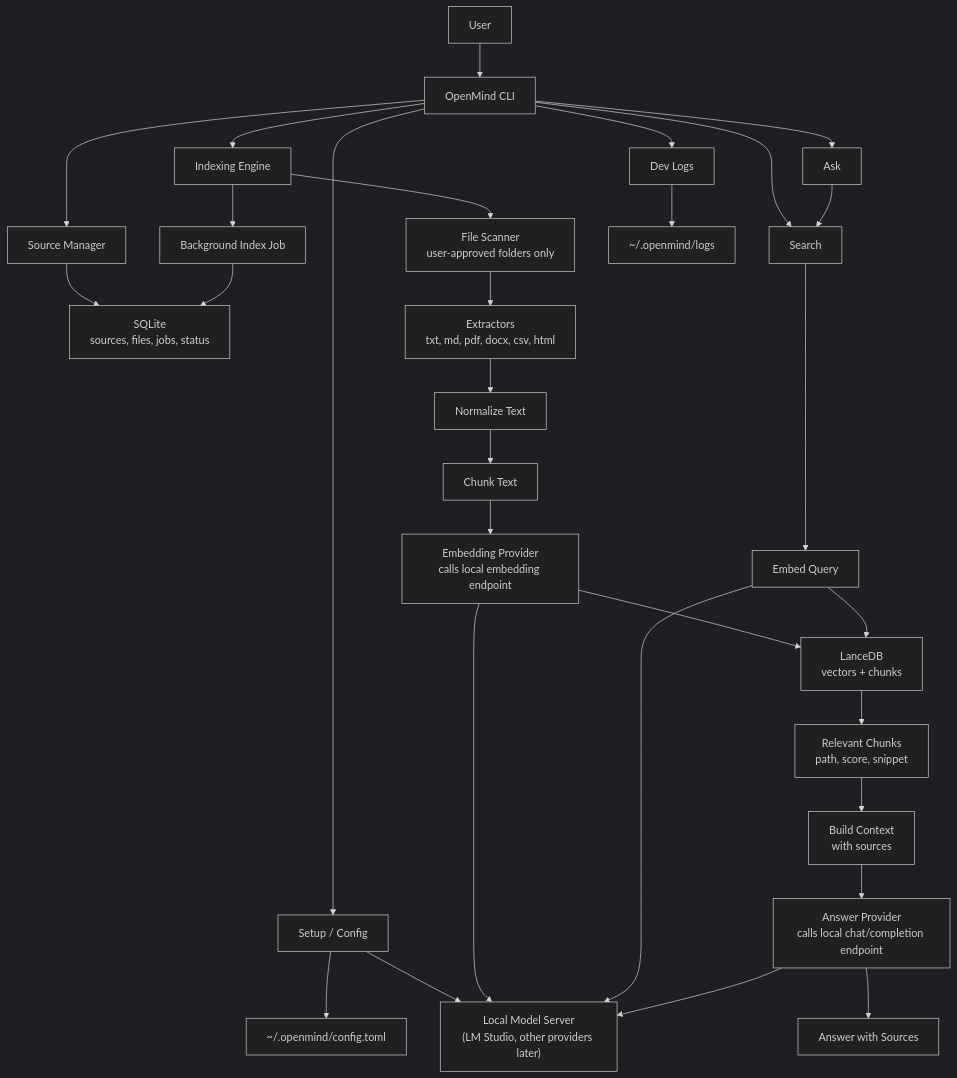
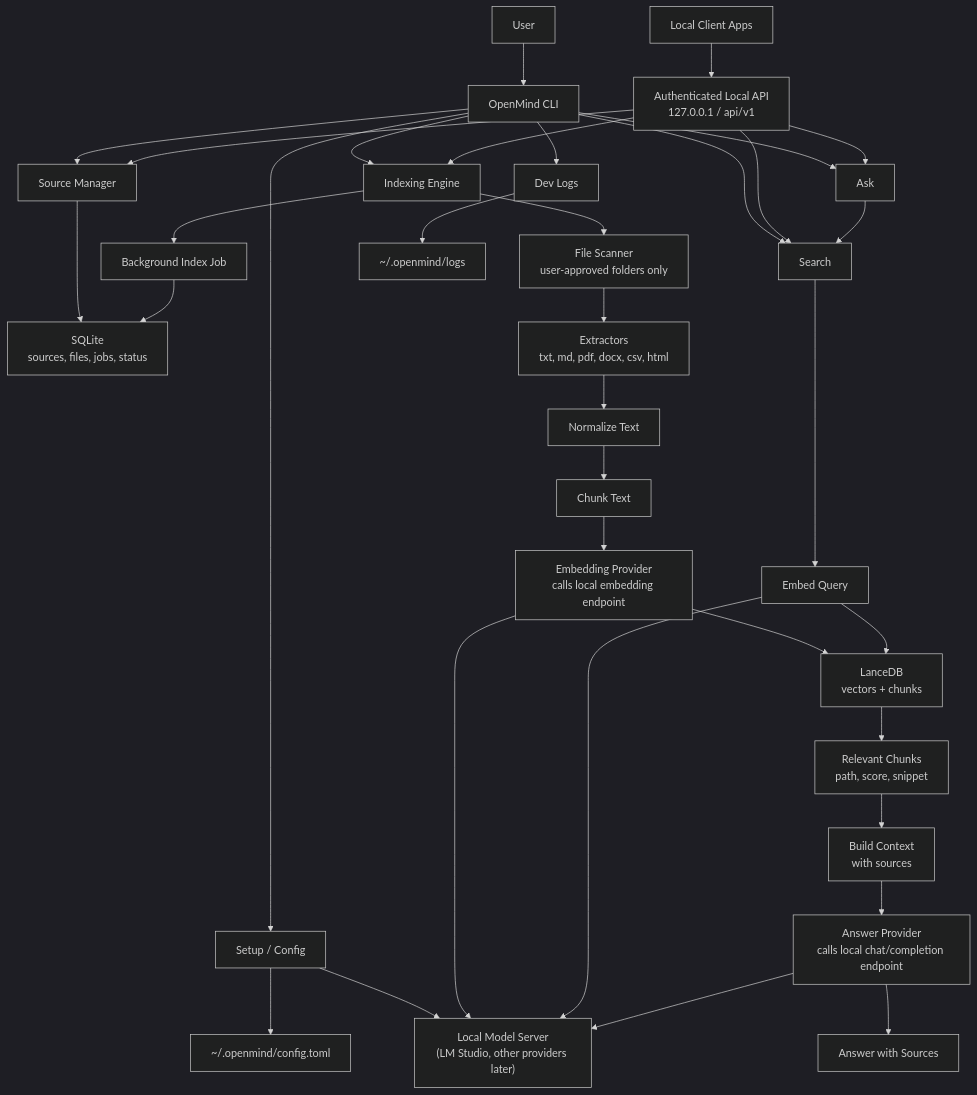
One commit to codewithbro95/openmind changed the diagram in README.md. Above: the diagram before and after it, drawn with Mermaid (dark theme). The commit also changed other lines of this file and 29 other files, not shown here.

First line of the commit message:
Add secure local API for client applications

````diff
--- a/README.md
+++ b/README.md
@@ -331,39 +356,44 @@
 ```mermaid
 flowchart TD
     User["User"] --> CLI["OpenMind CLI"]
+    Clients["Local Client Apps"] --> API["Authenticated Local API<br/>127.0.0.1 / api/v1"]
 
     CLI --> Setup["Setup / Config"]
     CLI --> Sources["Source Manager"]
     CLI --> Indexing["Indexing Engine"]
     CLI --> Search["Search"]
     CLI --> Ask["Ask"]
+    API --> Sources
+    API --> Indexing
+    API --> Search
+    API --> Ask
 
     Setup --> Config["~/.openmind/config.toml"]
     Setup --> ModelServer["Local Model Server<br/>(LM Studio, other providers later)"]
 
     Sources --> SQLite["SQLite<br/>sources, files, jobs, status"]
 
     Indexing --> Scanner["File Scanner<br/>user-approved folders only"]
     Scanner --> Extractors["Extractors<br/>txt, md, pdf, docx, csv, html"]
     Extractors --> Normalizer["Normalize Text"]
     Normalizer --> Chunker["Chunk Text"]
     Chunker --> Embeddings["Embedding Provider<br/>calls local embedding endpoint"]
     Embeddings --> ModelServer
     Embeddings --> LanceDB["LanceDB<br/>vectors + chunks"]
 
     Search --> QueryEmbed["Embed Query"]
     QueryEmbed --> ModelServer
     QueryEmbed --> LanceDB
     LanceDB --> Results["Relevant Chunks<br/>path, score, snippet"]
 
     Ask --> Search
     Results --> Context["Build Context<br/>with sources"]
     Context --> AnswerModel["Answer Provider<br/>calls local chat/completion endpoint"]
     AnswerModel --> ModelServer
     AnswerModel --> Answer["Answer with Sources"]
 
     Indexing --> Jobs["Background Index Job"]
     Jobs --> SQLite
     CLI --> Logs["Dev Logs"]
     Logs --> LogFiles["~/.openmind/logs"]
 ```
````
